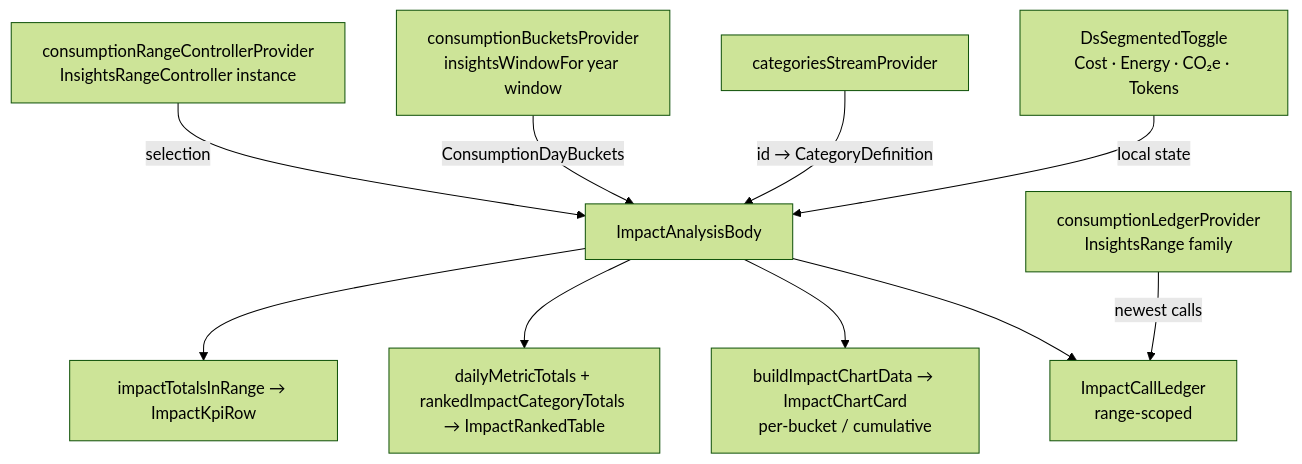
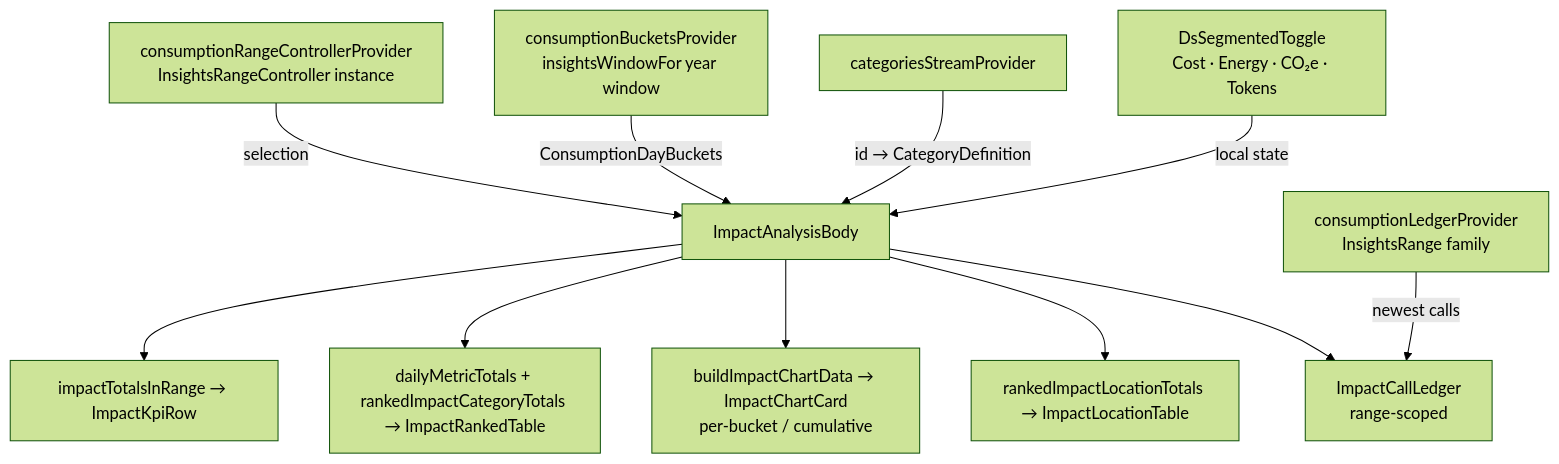
One commit to matthiasn/lotti changed the third of 3 diagrams in lib/features/ai_consumption/README.md. Above: the diagram before and after it, drawn with Mermaid (forest theme). The commit also changed other lines of this file and 28 other files, not shown here.

Commit message:
feat: add AI impact location stats

````diff
--- a/lib/features/ai_consumption/README.md
+++ b/lib/features/ai_consumption/README.md
@@ -147,12 +154,13 @@
 ```mermaid
 flowchart TD
   RC[consumptionRangeControllerProvider<br/>InsightsRangeController instance] -->|selection| Body[ImpactAnalysisBody]
   BP[consumptionBucketsProvider<br/>insightsWindowFor year window] -->|ConsumptionDayBuckets| Body
   Cat[categoriesStreamProvider] -->|id → CategoryDefinition| Body
   Body --> D1[impactTotalsInRange → ImpactKpiRow]
   Body --> D2[dailyMetricTotals + rankedImpactCategoryTotals → ImpactRankedTable]
   Body --> D3[buildImpactChartData → ImpactChartCard<br/>per-bucket / cumulative]
-  Body --> D4[ImpactCallLedger<br/>range-scoped]
-  LP[consumptionLedgerProvider<br/>InsightsRange family] -->|newest calls| D4
+  Body --> D4[rankedImpactLocationTotals → ImpactLocationTable]
+  Body --> D5[ImpactCallLedger<br/>range-scoped]
+  LP[consumptionLedgerProvider<br/>InsightsRange family] -->|newest calls| D5
   Toggle[DsSegmentedToggle<br/>Cost · Energy · CO₂e · Tokens] -->|local state| Body
 ```
````
